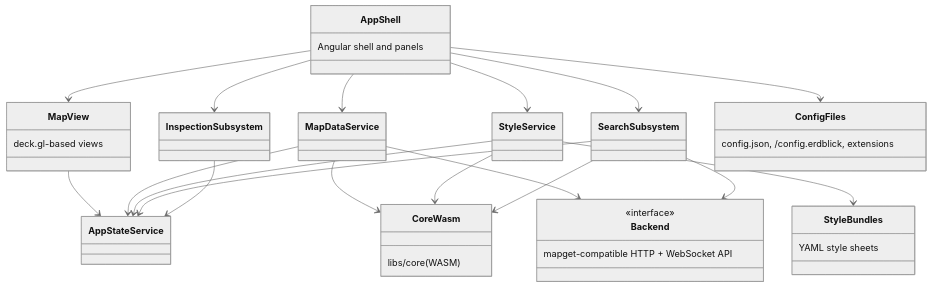
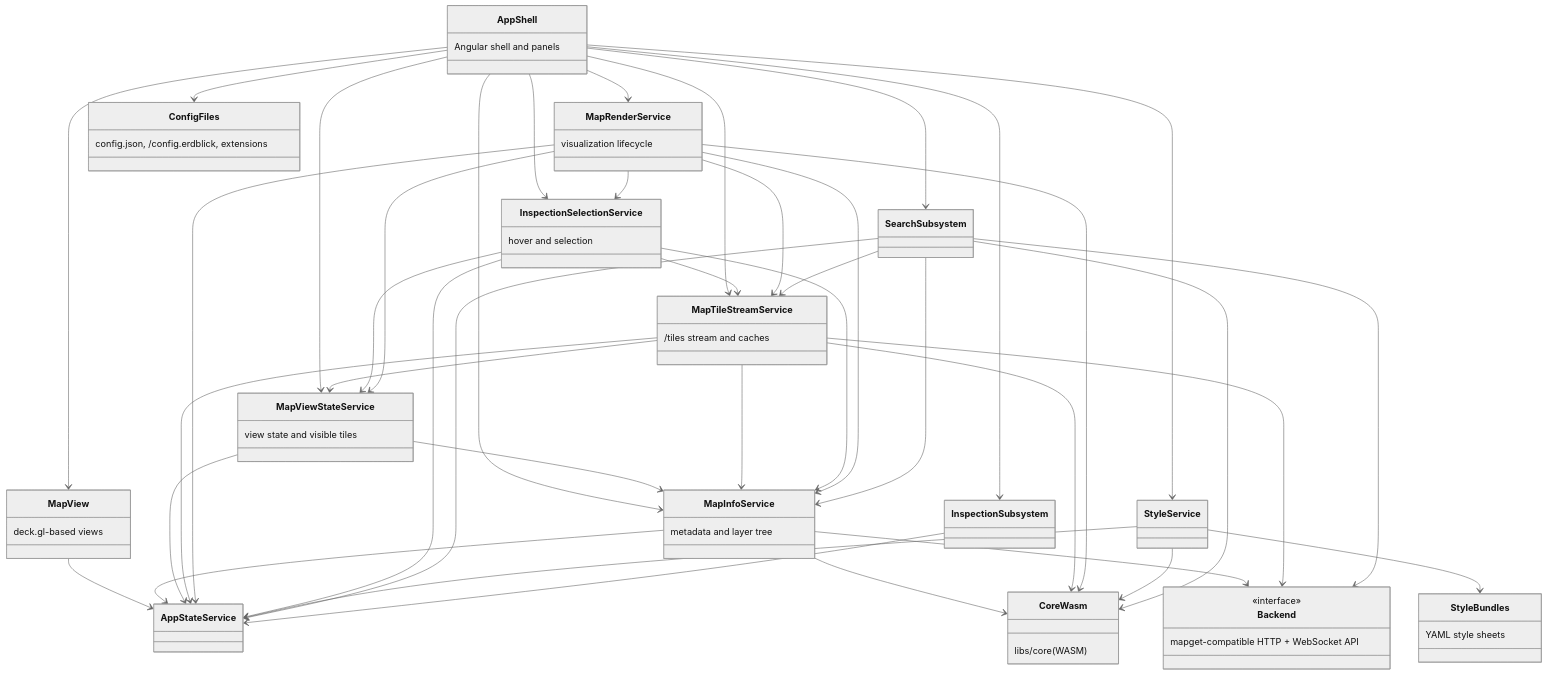
One commit to ndsev/erdblick changed the first of 10 diagrams in docs/erdblick-dev-guide.md. Above: the diagram before and after it, drawn with Mermaid (neutral theme). The commit also changed other lines of this file and 43 other files, not shown here.

Commit message:
Split up the MapDataService

```diff
--- a/docs/erdblick-dev-guide.md
+++ b/docs/erdblick-dev-guide.md
@@ -111,7 +111,21 @@
   class MapView {
     deck.gl-based views
   }
-  class MapDataService
+  class MapInfoService {
+    metadata and layer tree
+  }
+  class MapViewStateService {
+    view state and visible tiles
+  }
+  class MapTileStreamService {
+    /tiles stream and caches
+  }
+  class MapRenderService {
+    visualization lifecycle
+  }
+  class InspectionSelectionService {
+    hover and selection
+  }
   class StyleService
   class SearchSubsystem
   class InspectionSubsystem
@@ -131,23 +145,47 @@
   }
 
   AppShell --> MapView
-  AppShell --> MapDataService
+  AppShell --> MapInfoService
+  AppShell --> MapViewStateService
+  AppShell --> MapTileStreamService
+  AppShell --> MapRenderService
+  AppShell --> InspectionSelectionService
   AppShell --> StyleService
   AppShell --> SearchSubsystem
   AppShell --> InspectionSubsystem
 
   MapView --> AppStateService
-  MapDataService --> AppStateService
+  MapInfoService --> AppStateService
+  MapViewStateService --> AppStateService
+  MapTileStreamService --> AppStateService
+  MapRenderService --> AppStateService
+  InspectionSelectionService --> AppStateService
   StyleService --> AppStateService
   SearchSubsystem --> AppStateService
   InspectionSubsystem --> AppStateService
 
-  MapDataService --> CoreWasm
+  MapInfoService --> CoreWasm
+  MapTileStreamService --> CoreWasm
+  MapRenderService --> CoreWasm
   StyleService --> CoreWasm
   SearchSubsystem --> CoreWasm
 
-  MapDataService --> Backend
+  MapInfoService --> Backend
+  MapTileStreamService --> Backend
   SearchSubsystem --> Backend
+
+  MapViewStateService --> MapInfoService
+  MapTileStreamService --> MapInfoService
+  MapTileStreamService --> MapViewStateService
+  InspectionSelectionService --> MapInfoService
+  InspectionSelectionService --> MapViewStateService
+  InspectionSelectionService --> MapTileStreamService
+  MapRenderService --> MapInfoService
+  MapRenderService --> MapViewStateService
+  MapRenderService --> MapTileStreamService
+  MapRenderService --> InspectionSelectionService
+  SearchSubsystem --> MapInfoService
+  SearchSubsystem --> MapTileStreamService
 
   AppShell --> ConfigFiles
   StyleService --> StyleBundles
```
